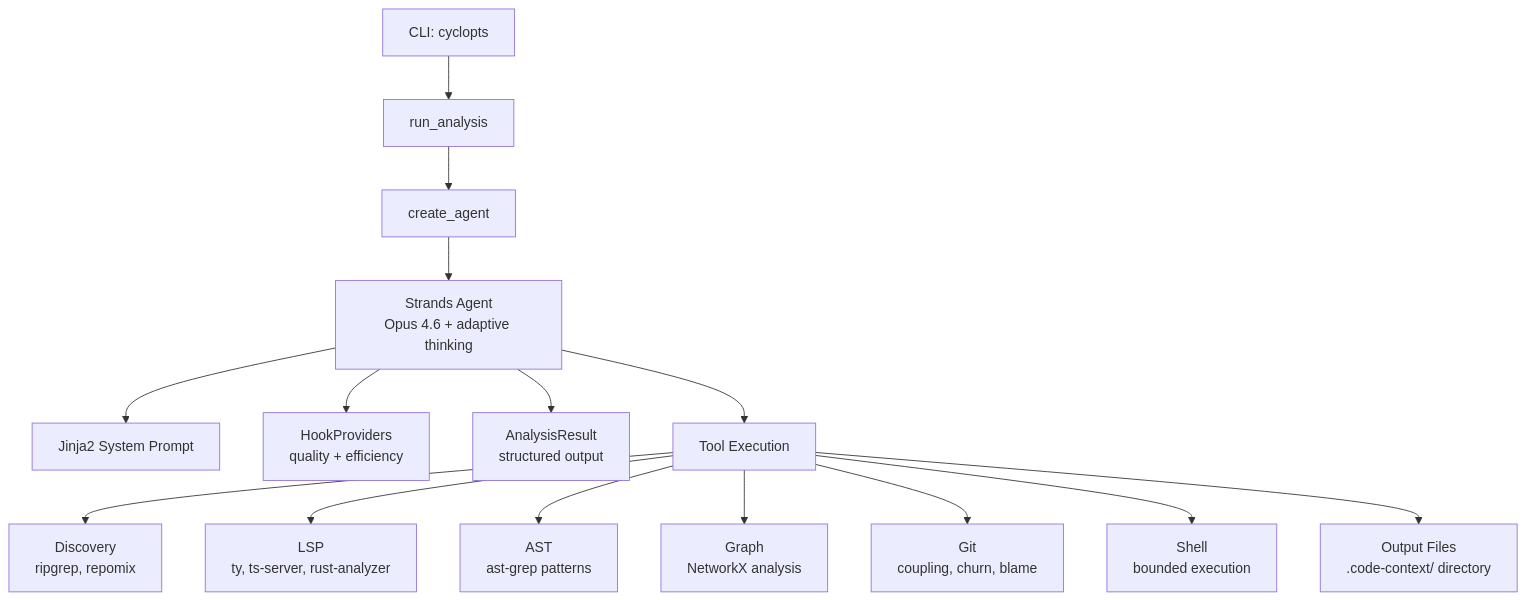
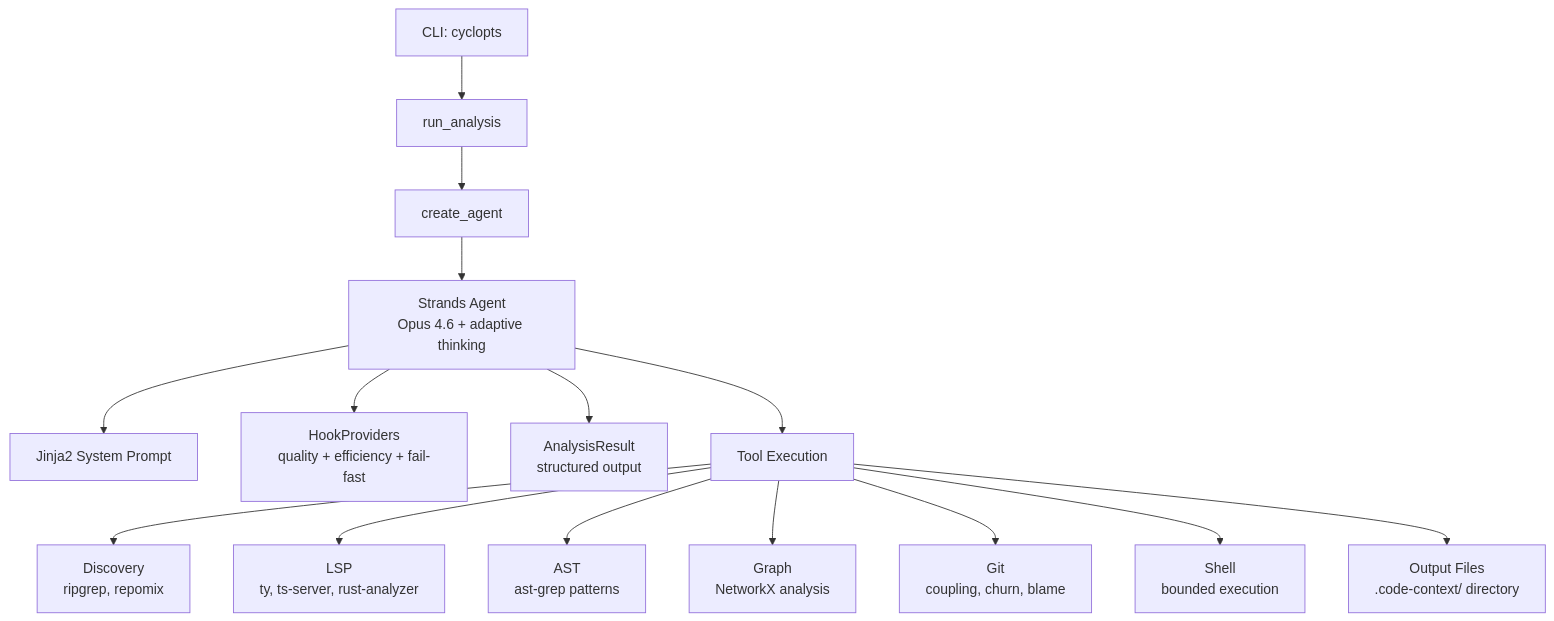
The diagram in docs/index.md (theagenticguy/code-context-agent), drawn with Mermaid before and after one commit. The commit also changed other lines of this file and 13 other files, not shown here.

````diff
--- a/docs/index.md
+++ b/docs/index.md
@@ -35,17 +36,17 @@
 ```mermaid
 flowchart TD
     A[CLI: cyclopts] --> B[run_analysis]
     B --> C[create_agent]
     C --> D[Strands Agent<br/>Opus 4.6 + adaptive thinking]
     D --> E[Jinja2 System Prompt]
-    D --> F[HookProviders<br/>quality + efficiency]
+    D --> F[HookProviders<br/>quality + efficiency + fail-fast]
     D --> G[AnalysisResult<br/>structured output]
     D --> H[Tool Execution]
     H --> I[Discovery<br/>ripgrep, repomix]
     H --> J[LSP<br/>ty, ts-server, rust-analyzer]
     H --> K[AST<br/>ast-grep patterns]
     H --> L[Graph<br/>NetworkX analysis]
     H --> M[Git<br/>coupling, churn, blame]
     H --> N[Shell<br/>bounded execution]
     H --> O[Output Files<br/>.code-context/ directory]
 ```
````
